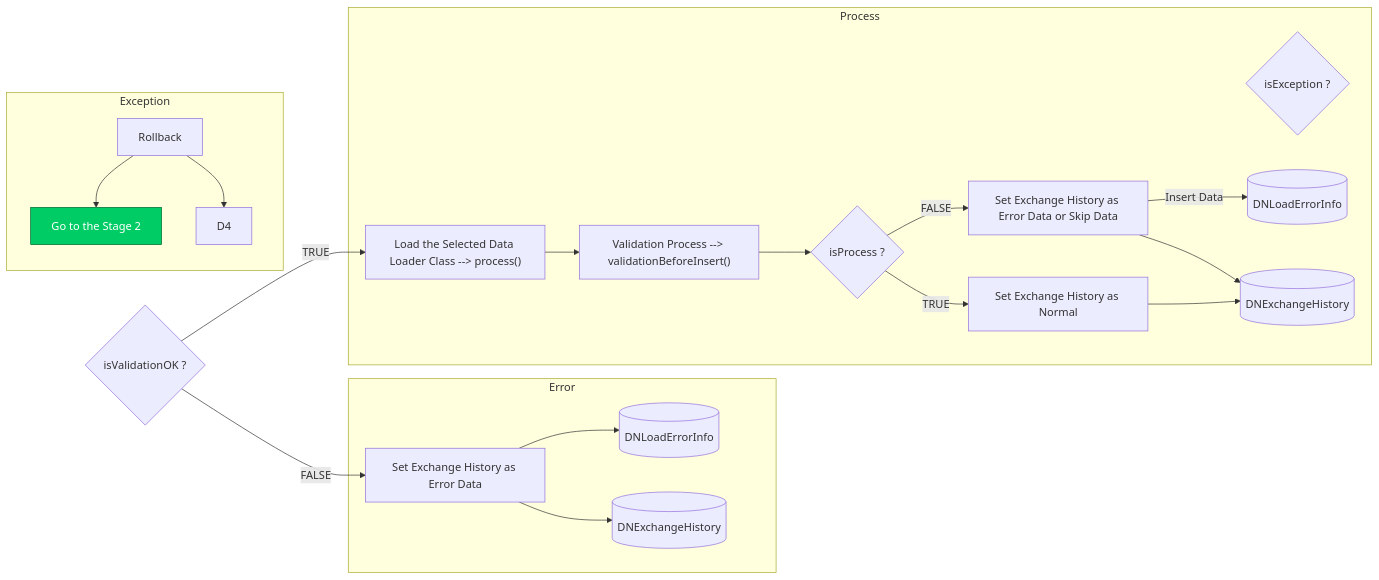
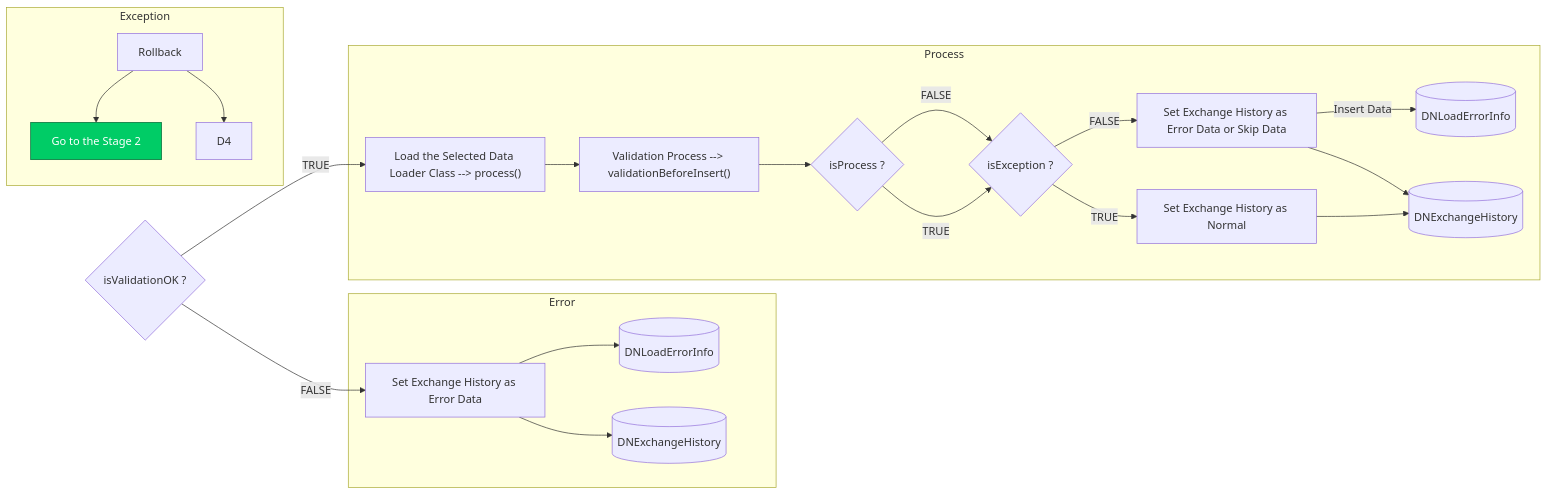
The ninth of 9 diagrams in Basic-Design/Host-Interfaces.md (luthfiadityaa/SimeDarby-Wiki), drawn with Mermaid before and after one commit.

Commit message:
Updated Host Interfaces

```diff
--- a/Basic-Design/Host-Interfaces.md
+++ b/Basic-Design/Host-Interfaces.md
@@ -712,39 +712,41 @@
 ::: mermaid
 flowchart LR
 Cond1{"isValidationOK ?"}
 Cond1 --> |TRUE| B2
 Cond1 --> |FALSE| C2
 
 subgraph Error
  C2 --> C3 
  C2 --> C4
  C4[(DNExchangeHistory)]
  C3[(DNLoadErrorInfo)]
  C2["Set Exchange History as Error Data"] 
 end
 
 subgraph Process
  B2 --> B3 --> Cond2
  Cond2{"isProcess ?"}
  Cond3{"isException ?"}
  B2["Load the Selected Data Loader Class --> process()"]
  B3["Validation Process --> validationBeforeInsert()"]
  B4["Set Exchange History as Error Data or Skip Data"]
  B5["Set Exchange History as Normal"]
  B6[(DNLoadErrorInfo)]
  B7[(DNExchangeHistory)]
- Cond2 --> |FALSE| B4 --> |Insert Data| B6
+ Cond2 --> |FALSE| Cond3 
+ Cond3 --> |FALSE| B4 --> |Insert Data| B6
  B4 --> B7
- Cond2 --> |TRUE| B5 --> B7
+ Cond2 --> |TRUE| Cond3
+ Cond3 --> |TRUE| B5 --> B7
 end 
 
 subgraph Exception
  D2 --> D3 
  D2 --> D4
  D2["Rollback"]
  D3["Go to the Stage 2"] 
 end
 
 click D3 "https://dev.azure.com/Daifuku-SW/ID_SimeDarbyPlantation/_wiki/wikis/ID_SimeDarbyPlantation.wiki/833/Host-Interfaces?anchor=stage-3"
 style D3 fill:#00cc66,stroke:#006633,color:#ffffff
 :::
```
